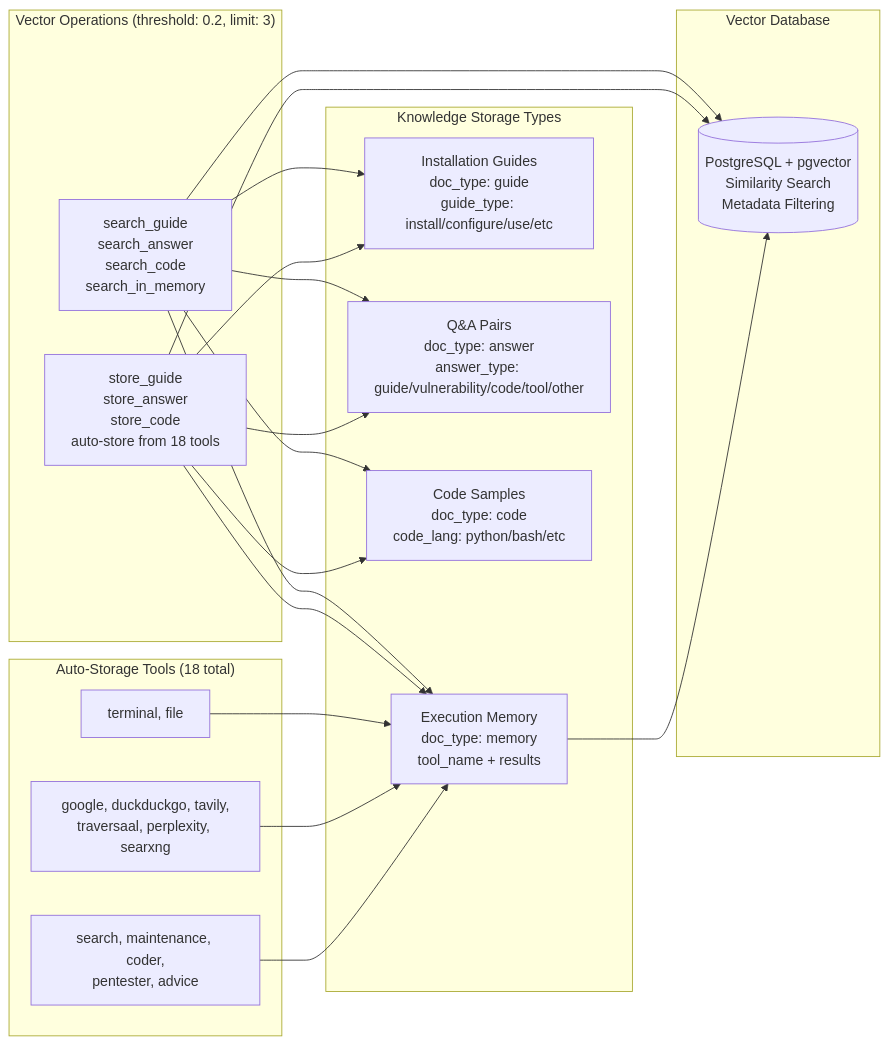
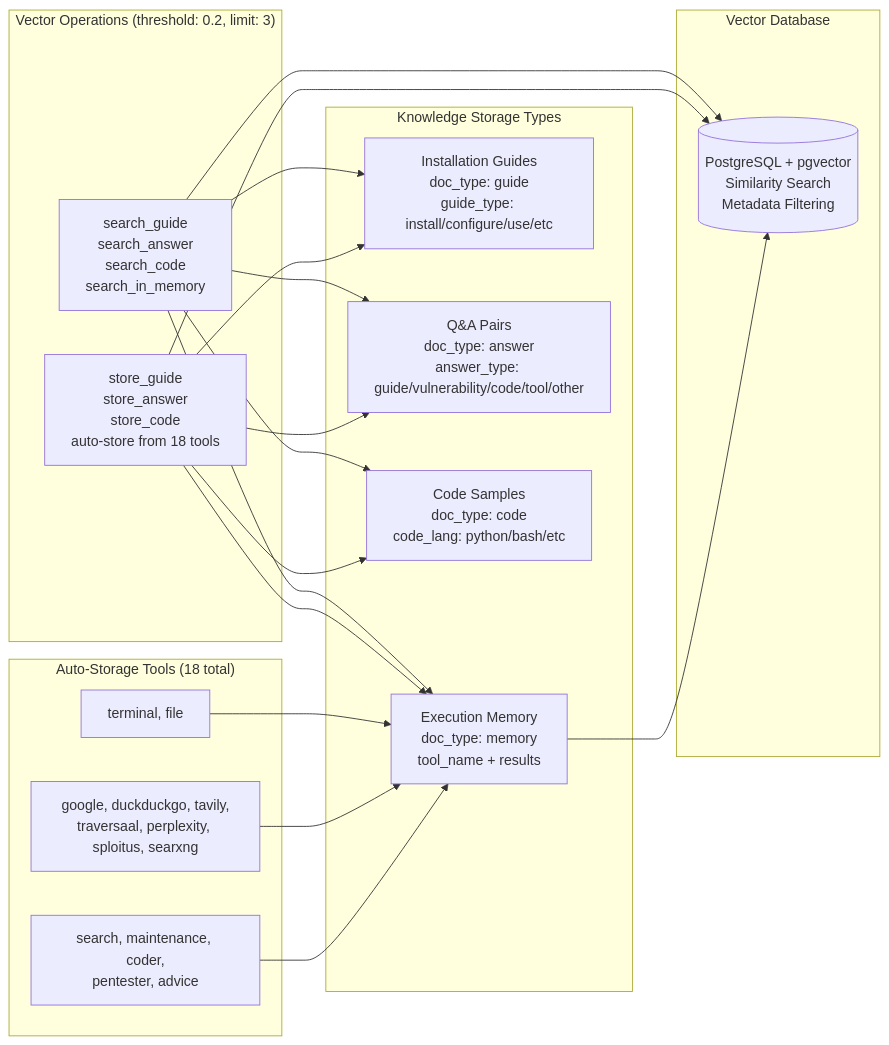
Before and after one commit to pentagi-oss/pentagi: the fourth of 9 diagrams in backend/docs/flow_execution.md, drawn with Mermaid. The commit also changed other lines of this file and 25 other files, not shown here.

First line of the commit message:
refactor: sploitus search engine integration

````diff
--- a/backend/docs/flow_execution.md
+++ b/backend/docs/flow_execution.md
@@ -307,42 +311,42 @@
 ```mermaid
 graph LR
     subgraph "Knowledge Storage Types"
         Guides[Installation Guides<br/>doc_type: guide<br/>guide_type: install/configure/use/etc]
         Answers[Q&A Pairs<br/>doc_type: answer<br/>answer_type: guide/vulnerability/code/tool/other]
         Code[Code Samples<br/>doc_type: code<br/>code_lang: python/bash/etc]
         Memory[Execution Memory<br/>doc_type: memory<br/>tool_name + results]
     end
     
     subgraph "Vector Operations (threshold: 0.2, limit: 3)"
         SearchOps[search_guide<br/>search_answer<br/>search_code<br/>search_in_memory]
         StoreOps[store_guide<br/>store_answer<br/>store_code<br/>auto-store from 18 tools]
     end
     
     subgraph "Auto-Storage Tools (18 total)"
         EnvTools[terminal, file]
-        SearchEngines[google, duckduckgo, tavily,<br/>traversaal, perplexity, searxng]
+        SearchEngines[google, duckduckgo, tavily,<br/>traversaal, perplexity, sploitus, searxng]
         AgentTools[search, maintenance, coder,<br/>pentester, advice]
     end
     
     SearchOps --> Guides
     SearchOps --> Answers  
     SearchOps --> Code
     SearchOps --> Memory
     
     StoreOps --> Guides
     StoreOps --> Answers
     StoreOps --> Code
     StoreOps --> Memory
     
     EnvTools --> Memory
     SearchEngines --> Memory
     AgentTools --> Memory
     
     subgraph "Vector Database"
         PostgreSQL[(PostgreSQL + pgvector<br/>Similarity Search<br/>Metadata Filtering)]
     end
     
     SearchOps --> PostgreSQL
     StoreOps --> PostgreSQL
     Memory --> PostgreSQL
 ```
````
